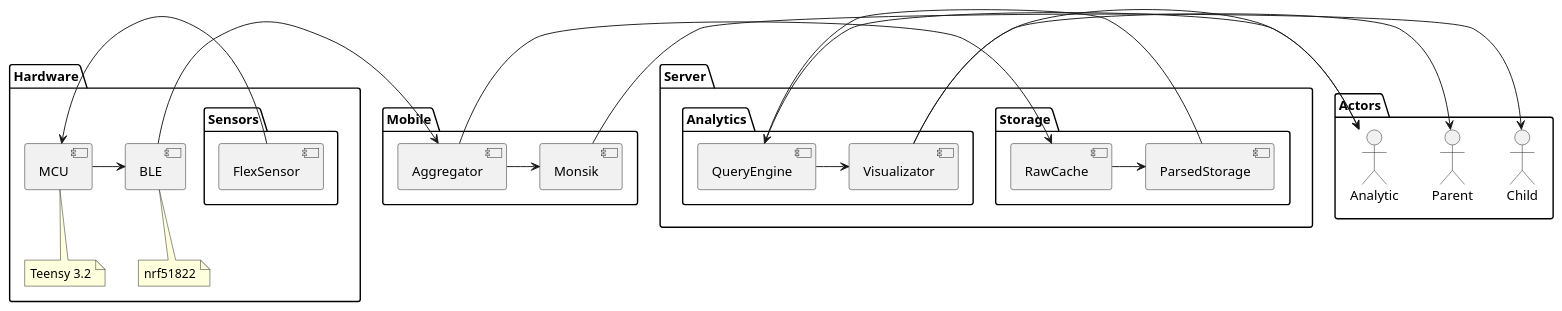
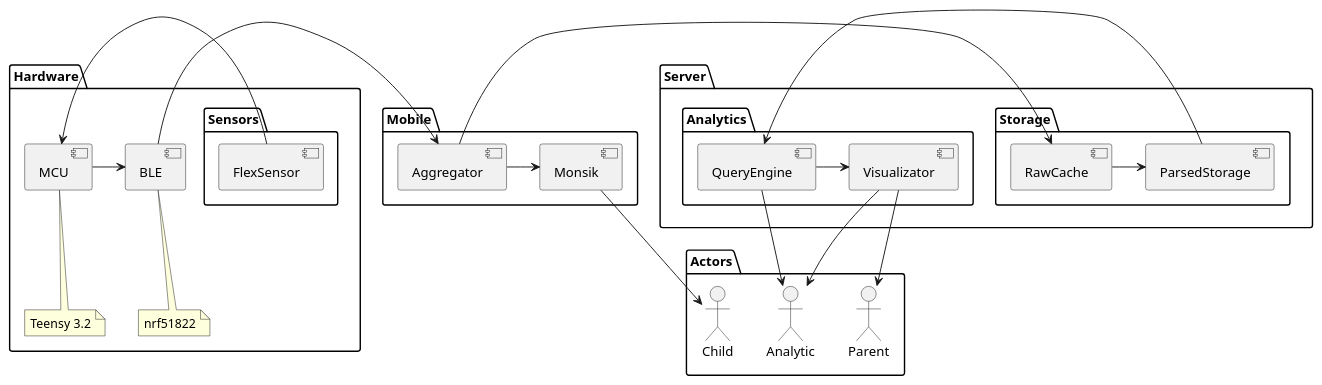
Before and after one commit to motorica-org/telemetry-docs: the diagram in architecture.puml, drawn with PlantUML.

Commit message:
chore(Architecture): Make Actors' connections render nicely
(As before 63df270)

```diff
--- a/architecture.puml
+++ b/architecture.puml
@@ -1,47 +1,47 @@
 @startuml
 skinparam componentStyle uml2
 
 package Hardware {
     component MCU
     component BLE
 
     package Sensors {
         [FlexSensor] -> [MCU]
     }
 
     [MCU] -> [BLE]
 
     note bottom of [MCU]: Teensy 3.2
     note bottom of [BLE]: nrf51822
 }
 
 package Mobile {
     [BLE] -> [Aggregator]
     [Aggregator] -> [Monsik]
 }
 
 package Server {
     package Storage {
         [Aggregator] -> [RawCache]
         [RawCache] -> [ParsedStorage]
     }
     package Analytics {
         [ParsedStorage] -> [QueryEngine]
         [QueryEngine] -> [Visualizator]
     }
 }
 
 package Actors {
     actor Child
     actor Parent
     actor Analytic
 
     Child <- [Monsik]
 
     Parent <- [Visualizator]
 
-    Analytic <- [QueryEngine]
-    Analytic <- [Visualizator]
+    Analytic <-u- [QueryEngine]
+    Analytic <-u- [Visualizator]
 }
 
 @enduml
```
